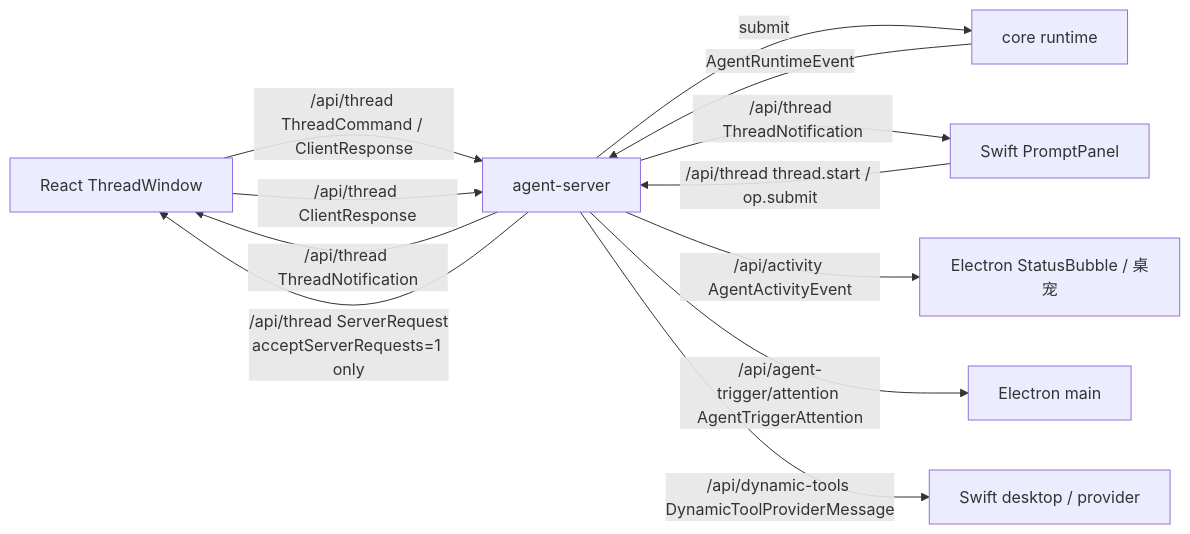
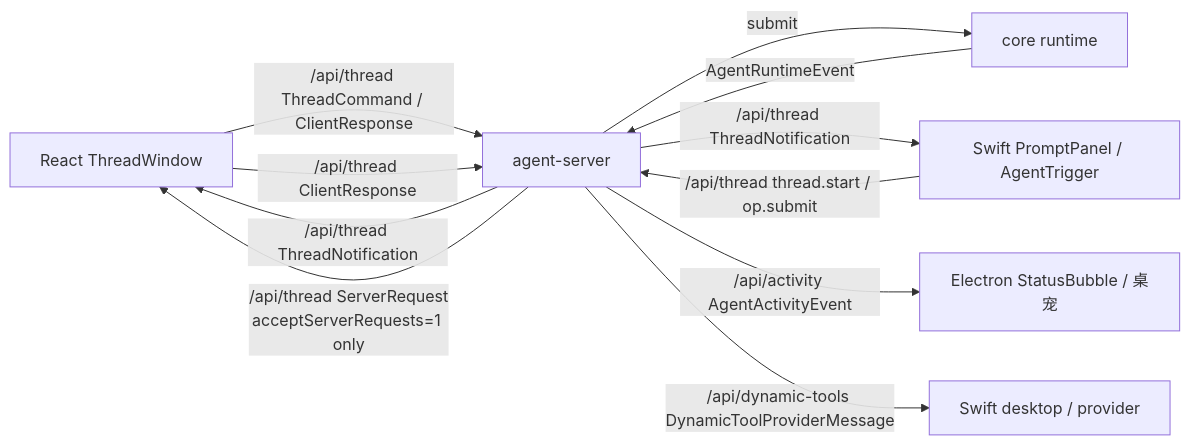
Before and after one commit to Lixuhang987/Wisp-Pocket: the diagram in packages/core/src/protocol/protocol.md, drawn with Mermaid. The commit also changed other lines of this file and 40 other files, not shown here.

Commit message:
Migrate AgentTrigger to thread client path

````diff
--- a/packages/core/src/protocol/protocol.md
+++ b/packages/core/src/protocol/protocol.md
@@ -29,14 +26,13 @@
 ```mermaid
 flowchart LR
   A[React ThreadWindow] -->|/api/thread ThreadCommand / ClientResponse| B[agent-server]
-  S[Swift PromptPanel] -->|/api/thread thread.start / op.submit| B
+  S[Swift PromptPanel / AgentTrigger] -->|/api/thread thread.start / op.submit| B
   B -->|submit| C[core runtime]
   C -->|AgentRuntimeEvent| B
   B -->|/api/thread ThreadNotification| A
   B -->|/api/thread ThreadNotification| S
   B -->|/api/thread ServerRequest<br/>acceptServerRequests=1 only| A
   A -->|/api/thread ClientResponse| B
   B -->|/api/activity AgentActivityEvent| E[Electron StatusBubble / 桌宠]
-  B -->|/api/agent-trigger/attention AgentTriggerAttention| EA[Electron main]
   B -->|/api/dynamic-tools DynamicToolProviderMessage| D[Swift desktop / provider]
 ```
````
